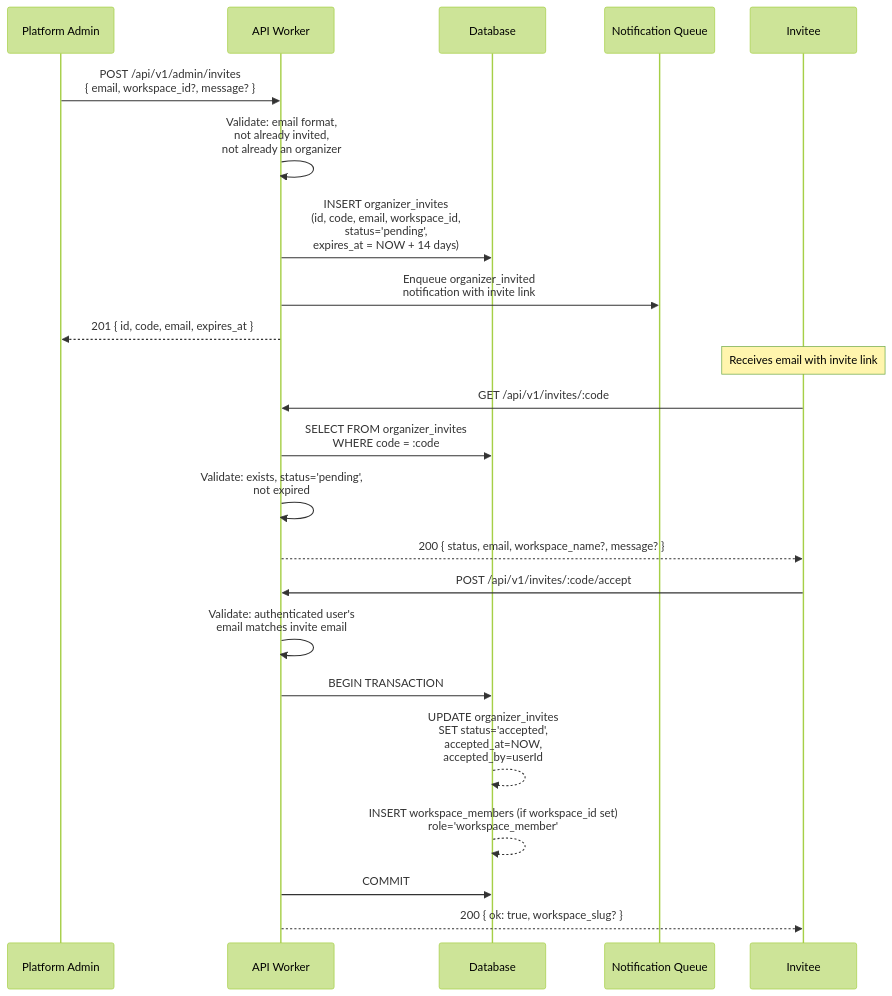
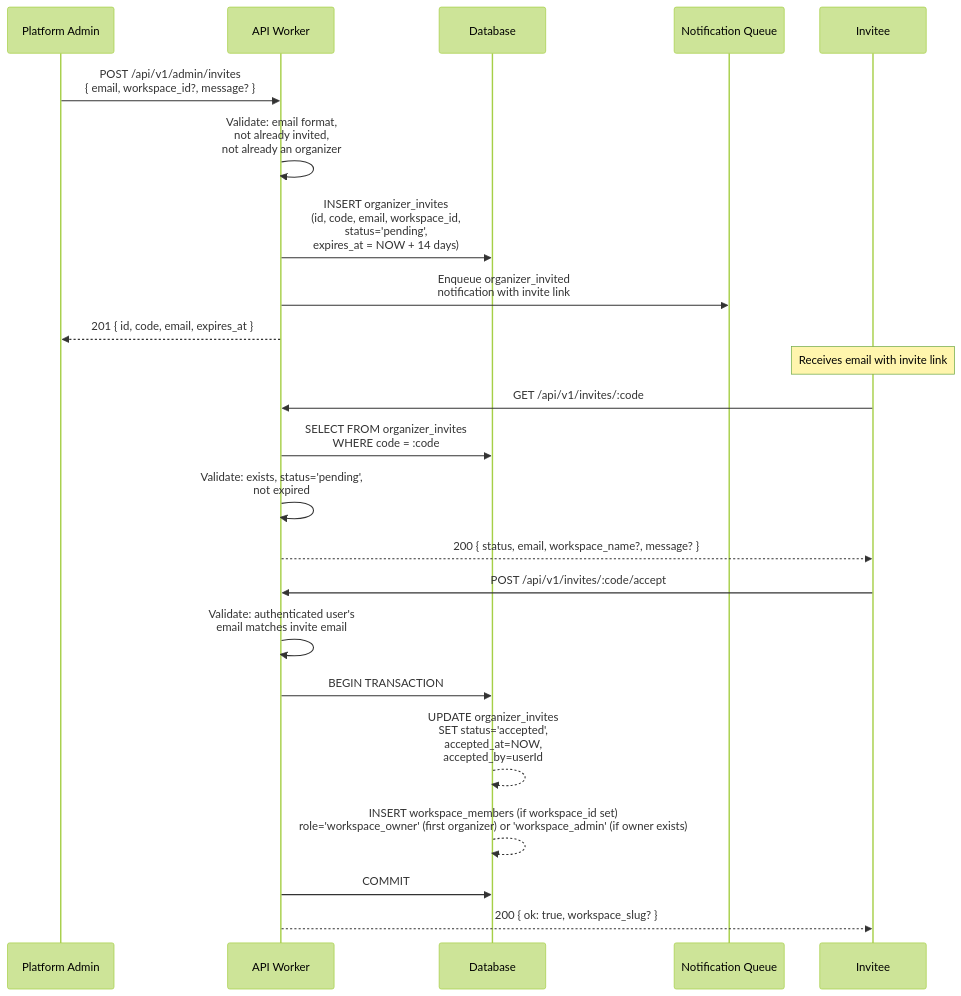
Before and after one commit to devangshupandey2025-stack/DevSage: the fifth of 8 diagrams in docs/v3/planned/roles-permissions.md, drawn with Mermaid (forest theme). The commit also changed other lines of this file and 2 other files, not shown here.

First line of the commit message:
docs(core): fix canonical role names in lifecycle, roles, and team management docs

````diff
--- a/docs/v3/planned/roles-permissions.md
+++ b/docs/v3/planned/roles-permissions.md
@@ -323,29 +323,29 @@
 ```mermaid
 sequenceDiagram
     participant PA as Platform Admin
     participant API as API Worker
     participant DB as Database
     participant Email as Notification Queue
     participant Org as Invitee
 
     PA->>API: POST /api/v1/admin/invites<br/>{ email, workspace_id?, message? }
     API->>API: Validate: email format,<br/>not already invited,<br/>not already an organizer
     API->>DB: INSERT organizer_invites<br/>(id, code, email, workspace_id,<br/>status='pending',<br/>expires_at = NOW + 14 days)
     API->>Email: Enqueue organizer_invited<br/>notification with invite link
     API-->>PA: 201 { id, code, email, expires_at }
 
     Note over Org: Receives email with invite link
 
     Org->>API: GET /api/v1/invites/:code
     API->>DB: SELECT FROM organizer_invites<br/>WHERE code = :code
     API->>API: Validate: exists, status='pending',<br/>not expired
     API-->>Org: 200 { status, email, workspace_name?, message? }
 
     Org->>API: POST /api/v1/invites/:code/accept
     API->>API: Validate: authenticated user's<br/>email matches invite email
     API->>DB: BEGIN TRANSACTION
     DB-->>DB: UPDATE organizer_invites<br/>SET status='accepted',<br/>accepted_at=NOW,<br/>accepted_by=userId
-    DB-->>DB: INSERT workspace_members (if workspace_id set)<br/>role='workspace_member'
+    DB-->>DB: INSERT workspace_members (if workspace_id set)<br/>role='workspace_owner' (first organizer) or 'workspace_admin' (if owner exists)
     API->>DB: COMMIT
     API-->>Org: 200 { ok: true, workspace_slug? }
 ```
````
